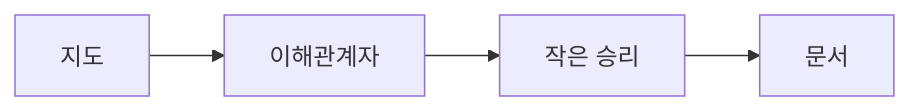
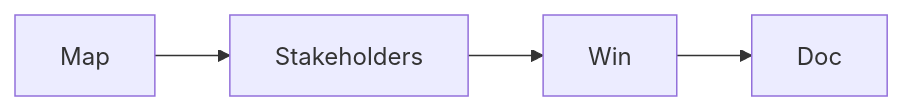
One commit to yeongseon-books/book-content changed the diagram in content/data-science-career-101/ko/08-first-job.md. Above: the diagram before and after it, drawn with Mermaid. The commit also changed other lines of this file and 9 other files, not shown here.

````diff
--- a/content/data-science-career-101/ko/08-first-job.md
+++ b/content/data-science-career-101/ko/08-first-job.md
@@ -41,6 +51,6 @@
 ```mermaid
 flowchart LR
-    M[지도] --> S[이해관계자]
-    S --> W[작은 승리]
-    W --> D[문서]
+    M[Map] --> S[Stakeholders]
+    S --> W[Win]
+    W --> D[Doc]
 ```
````
